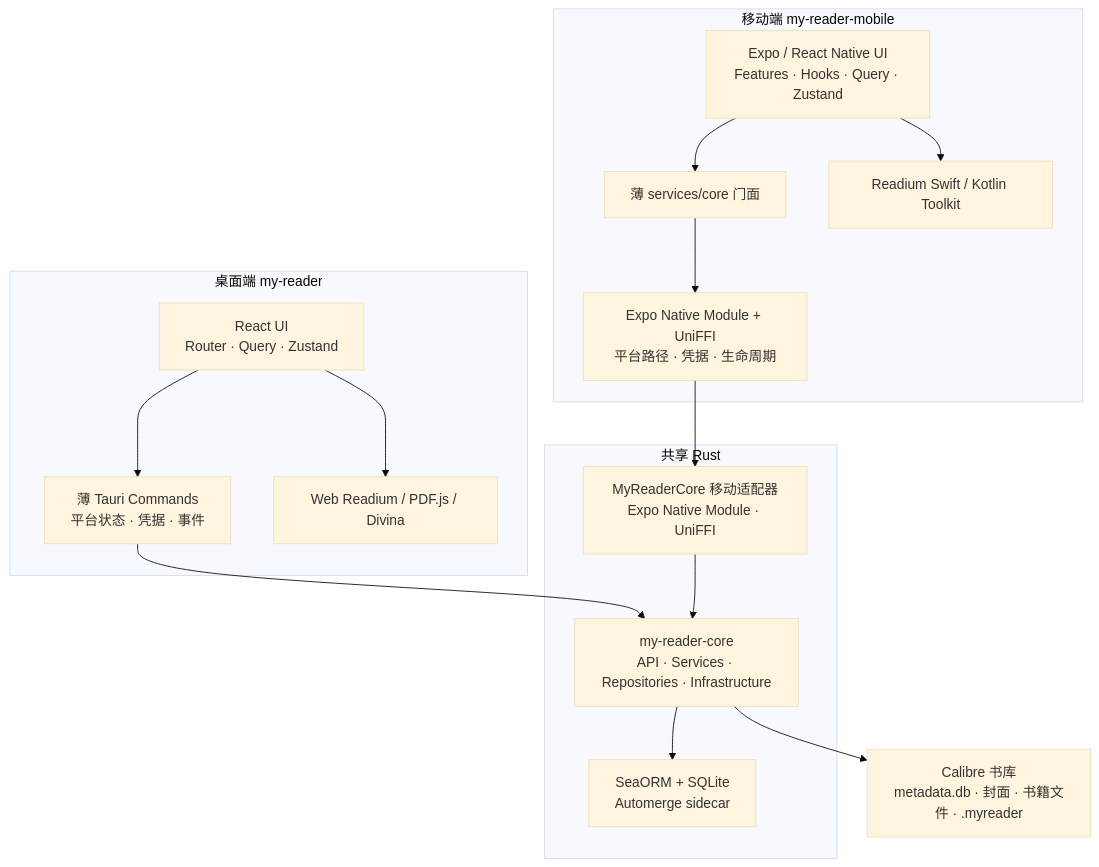
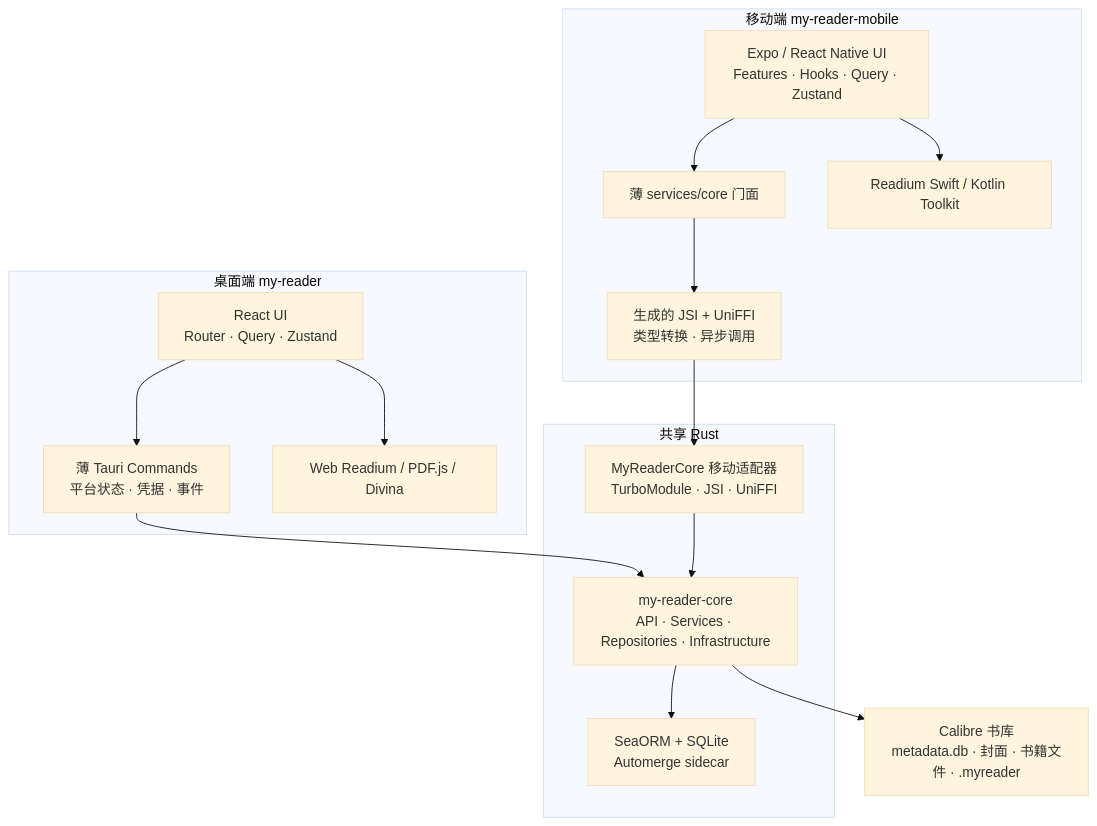
Before and after one commit to RyouMon/MyReader: the diagram in ARCHITECTURE.md, drawn with Mermaid (base theme). The commit also changed other lines of this file and 107 other files, not shown here.

````diff
--- a/ARCHITECTURE.md
+++ b/ARCHITECTURE.md
@@ -19,30 +19,30 @@
 ```mermaid
 flowchart TB
     Calibre["Calibre 书库<br/>metadata.db · 封面 · 书籍文件 · .myreader"]
 
     subgraph Desktop["桌面端 my-reader"]
         DesktopUI["React UI<br/>Router · Query · Zustand"]
         Tauri["薄 Tauri Commands<br/>平台状态 · 凭据 · 事件"]
         DesktopReader["Web Readium / PDF.js / Divina"]
     end
 
     subgraph Mobile["移动端 my-reader-mobile"]
         MobileUI["Expo / React Native UI<br/>Features · Hooks · Query · Zustand"]
         Facade["薄 services/core 门面"]
-        Binding["Expo Native Module + UniFFI<br/>平台路径 · 凭据 · 生命周期"]
+        Binding["生成的 JSI + UniFFI<br/>类型转换 · 异步调用"]
         NativeReader["Readium Swift / Kotlin Toolkit"]
     end
 
     subgraph SharedRust["共享 Rust"]
-        Components["MyReaderCore 移动适配器<br/>Expo Native Module · UniFFI"]
+        Components["MyReaderCore 移动适配器<br/>TurboModule · JSI · UniFFI"]
         Core["my-reader-core<br/>API · Services · Repositories · Infrastructure"]
         Sidecar["SeaORM + SQLite<br/>Automerge sidecar"]
     end
 
     DesktopUI --> Tauri --> Core
     DesktopUI --> DesktopReader
     MobileUI --> Facade --> Binding --> Components --> Core
     MobileUI --> NativeReader
     Core --> Sidecar
     Core --> Calibre
 ```
````
